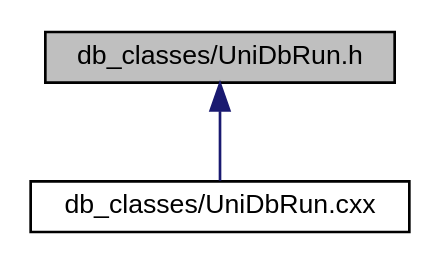
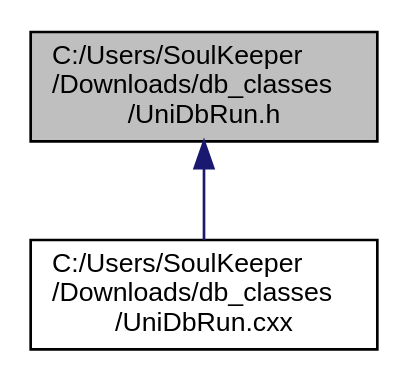
Before and after one commit to mam-mih-val/bmnroot: the diagram in uni_db/docs/ref_man/_uni_db_run_8h__dep__incl.dot, drawn with Graphviz. The commit also changed 142 other files, not shown here.

```diff
--- a/uni_db/docs/ref_man/_uni_db_run_8h__dep__incl.dot
+++ b/uni_db/docs/ref_man/_uni_db_run_8h__dep__incl.dot
@@ -1,8 +1,8 @@
-digraph "db_classes/UniDbRun.h"
+digraph "C:/Users/SoulKeeper/Downloads/db_classes/UniDbRun.h"
 {
   edge [fontname="Helvetica",fontsize="10",labelfontname="Helvetica",labelfontsize="10"];
   node [fontname="Helvetica",fontsize="10",shape=record];
-  Node1 [label="db_classes/UniDbRun.h",height=0.2,width=0.4,color="black", fillcolor="grey75", style="filled", fontcolor="black"];
+  Node1 [label="C:/Users/SoulKeeper\l/Downloads/db_classes\l/UniDbRun.h",height=0.2,width=0.4,color="black", fillcolor="grey75", style="filled", fontcolor="black"];
   Node1 -> Node2 [dir="back",color="midnightblue",fontsize="10",style="solid",fontname="Helvetica"];
-  Node2 [label="db_classes/UniDbRun.cxx",height=0.2,width=0.4,color="black", fillcolor="white", style="filled",URL="$_uni_db_run_8cxx.html"];
+  Node2 [label="C:/Users/SoulKeeper\l/Downloads/db_classes\l/UniDbRun.cxx",height=0.2,width=0.4,color="black", fillcolor="white", style="filled",URL="$_uni_db_run_8cxx.html"];
 }
```
